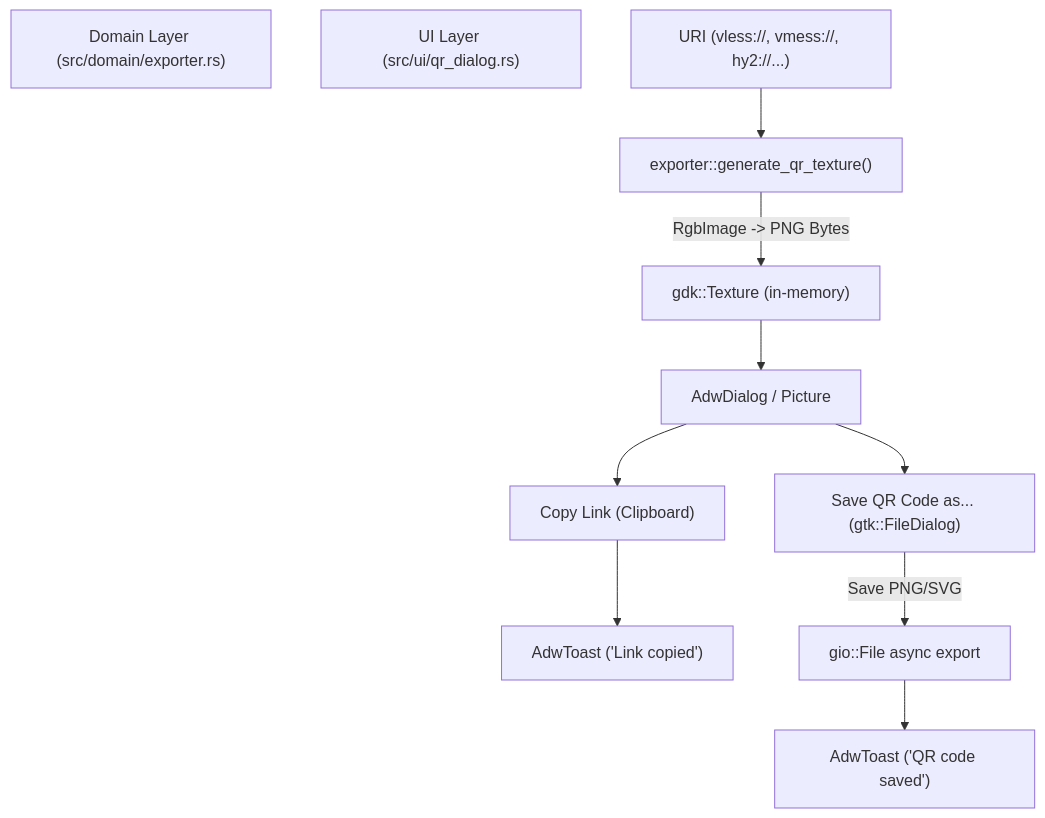
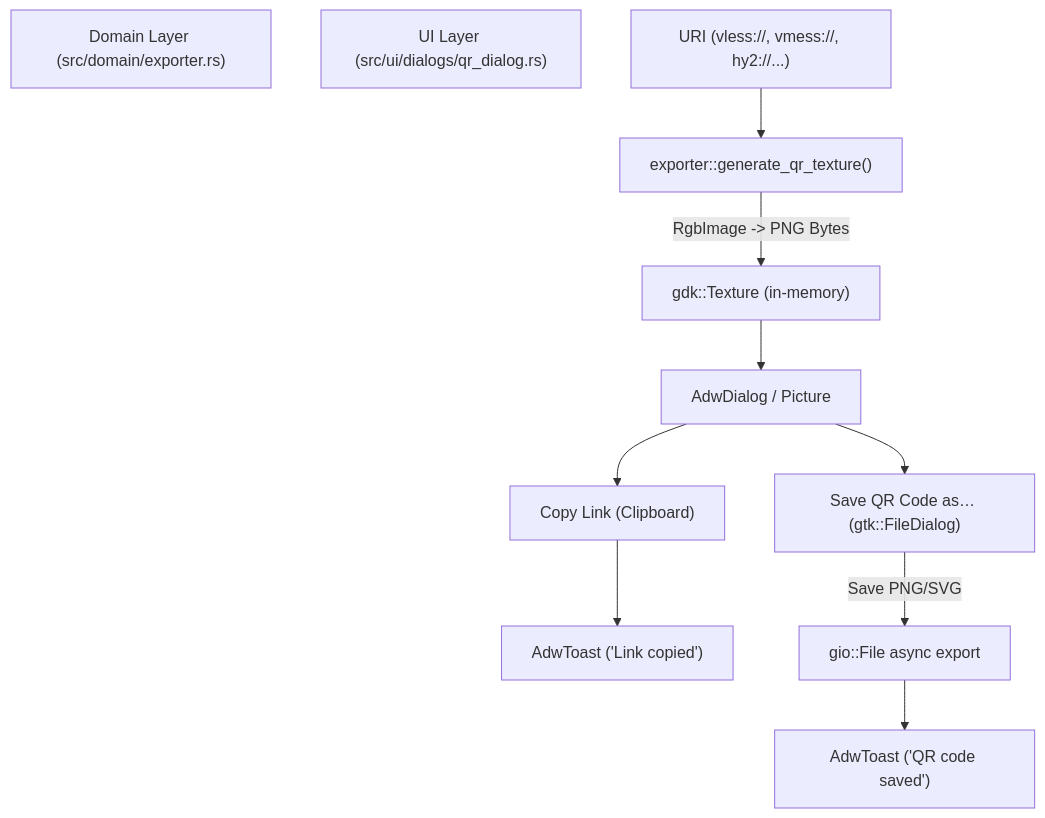
One commit to Mark-TinZ/vrxx changed the diagram in docs/10-qr-and-sharing.md. Above: the diagram before and after it, drawn with Mermaid. The commit also changed other lines of this file and 11 other files, not shown here.

````diff
--- a/docs/10-qr-and-sharing.md
+++ b/docs/10-qr-and-sharing.md
@@ -10,16 +10,16 @@
 ```mermaid
 flowchart TD
     SubGraphDomain["Domain Layer (src/domain/exporter.rs)"]
-    SubGraphUI["UI Layer (src/ui/qr_dialog.rs)"]
+    SubGraphUI["UI Layer (src/ui/dialogs/qr_dialog.rs)"]
     
     URI["URI (vless://, vmess://, hy2://...)"] --> Exporter["exporter::generate_qr_texture()"]
     Exporter -->|RgbImage -> PNG Bytes| Texture["gdk::Texture (in-memory)"]
     Texture --> QrDialog["AdwDialog / Picture"]
     
     QrDialog --> CopyAction["Copy Link (Clipboard)"]
     CopyAction --> ToastCopy["AdwToast ('Link copied')"]
     
-    QrDialog --> SaveAction["Save QR Code as... (gtk::FileDialog)"]
+    QrDialog --> SaveAction["Save QR Code as… (gtk::FileDialog)"]
     SaveAction -->|Save PNG/SVG| FileExport["gio::File async export"]
     FileExport --> ToastSave["AdwToast ('QR code saved')"]
 ```
````
